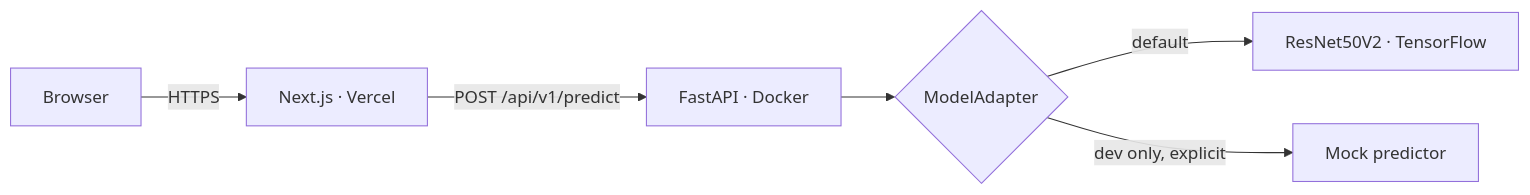
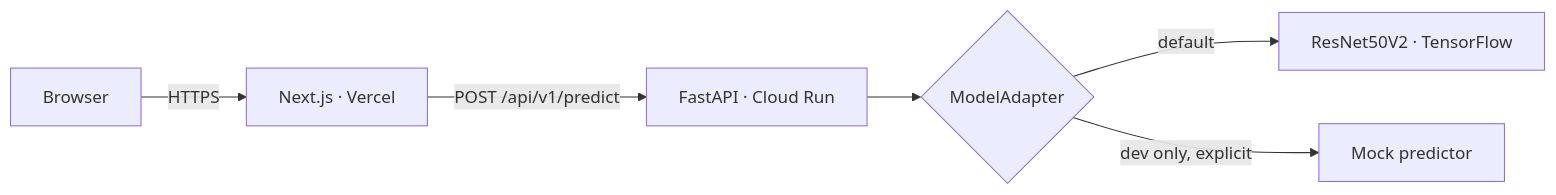
One commit to ahmedessam792/oral-disease-ai-classifier changed the diagram in README.md. Above: the diagram before and after it, drawn with Mermaid. The commit also changed other lines of this file and 3 other files, not shown here.

````diff
--- a/README.md
+++ b/README.md
@@ -72,8 +74,8 @@
 ```mermaid
 flowchart LR
     U[Browser] -->|HTTPS| W[Next.js · Vercel]
-    W -->|POST /api/v1/predict| A[FastAPI · Docker]
+    W -->|POST /api/v1/predict| A[FastAPI · Cloud Run]
     A --> AD{ModelAdapter}
     AD -->|default| TF[ResNet50V2 · TensorFlow]
     AD -->|dev only, explicit| MK[Mock predictor]
 ```
````
